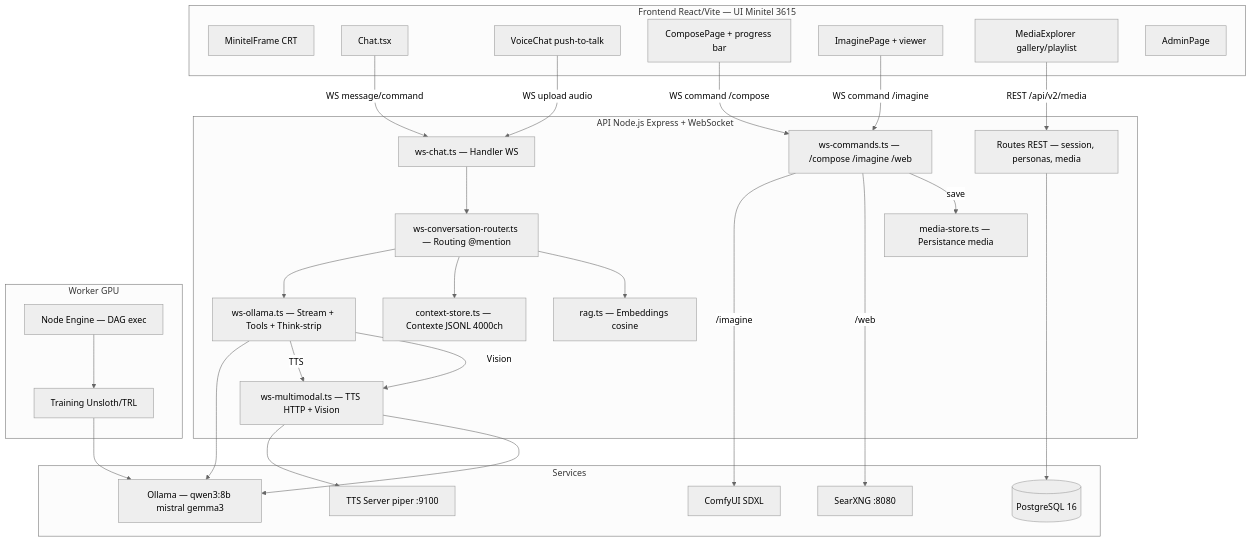
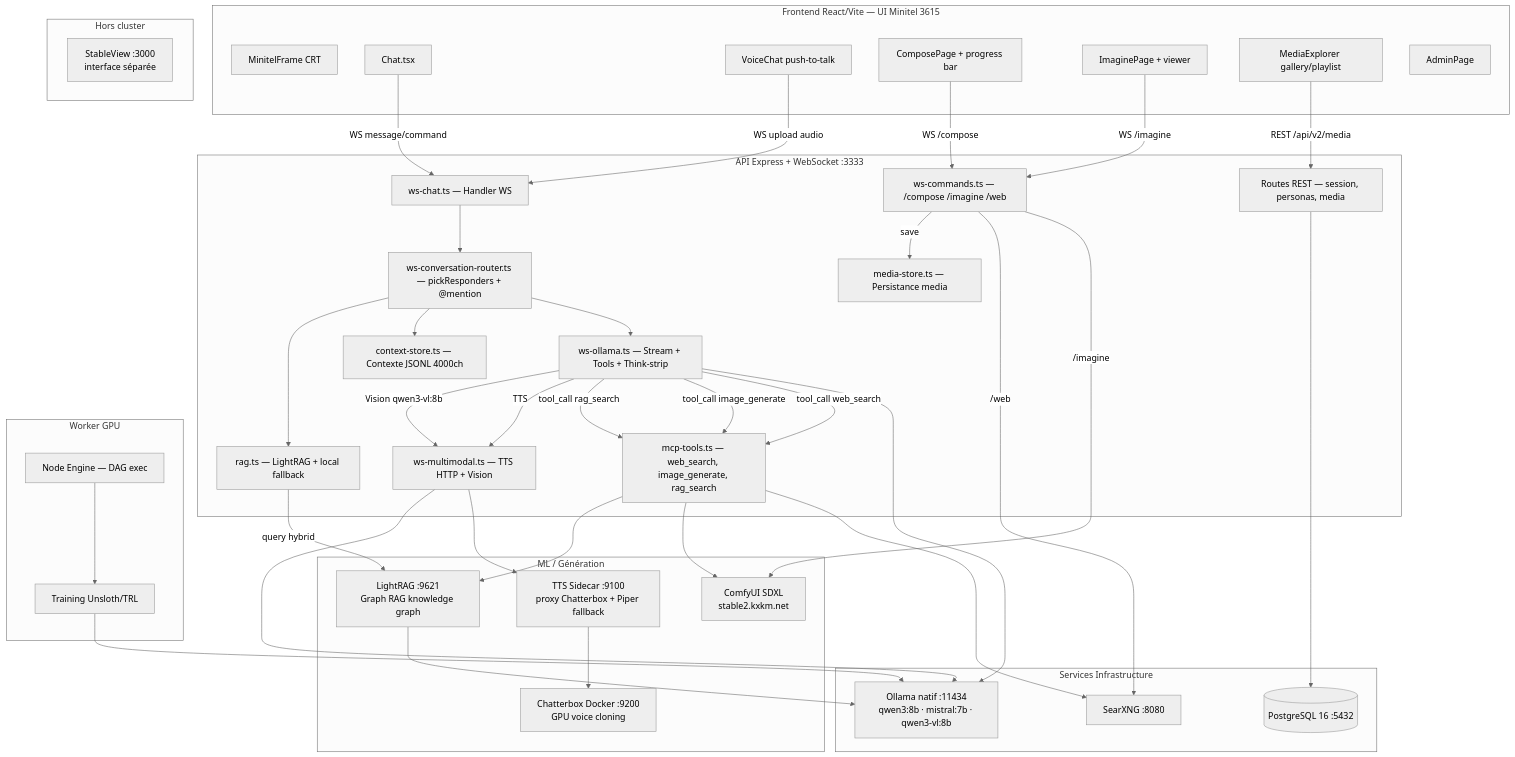
Before and after one commit to electron-rare/kxkm_clown: the first of 4 diagrams in docs/ARCHITECTURE.md, drawn with Mermaid (neutral theme). The commit also changed other lines of this file and 178 other files, not shown here.

````diff
--- a/docs/ARCHITECTURE.md
+++ b/docs/ARCHITECTURE.md
@@ -7,54 +9,68 @@
 ```mermaid
 graph TB
     subgraph Client["Frontend React/Vite — UI Minitel 3615"]
         UI[MinitelFrame CRT]
         Chat[Chat.tsx]
         Voice[VoiceChat push-to-talk]
         Compose[ComposePage + progress bar]
         Imagine[ImaginePage + viewer]
         Media[MediaExplorer gallery/playlist]
         Admin[AdminPage]
     end
 
-    subgraph API["API Node.js Express + WebSocket"]
+    subgraph API["API Express + WebSocket :3333"]
         WS[ws-chat.ts — Handler WS]
         CMD[ws-commands.ts — /compose /imagine /web]
-        ROUTER[ws-conversation-router.ts — Routing @mention]
+        ROUTER[ws-conversation-router.ts — pickResponders + @mention]
         LLM[ws-ollama.ts — Stream + Tools + Think-strip]
         MULTI[ws-multimodal.ts — TTS HTTP + Vision]
+        TOOLS[mcp-tools.ts — web_search, image_generate, rag_search]
         MSTORE[media-store.ts — Persistance media]
         CTX[context-store.ts — Contexte JSONL 4000ch]
-        RAG[rag.ts — Embeddings cosine]
+        RAG[rag.ts — LightRAG + local fallback]
         REST[Routes REST — session, personas, media]
     end
 
-    subgraph Services["Services"]
-        OLLAMA[Ollama — qwen3:8b mistral gemma3]
-        TTS[TTS Server piper :9100]
-        COMFY[ComfyUI SDXL]
+    subgraph Infra["Services Infrastructure"]
+        OLLAMA["Ollama natif :11434\nqwen3:8b · mistral:7b · qwen3-vl:8b"]
+        PG[(PostgreSQL 16 :5432)]
         SEARX[SearXNG :8080]
-        PG[(PostgreSQL 16)]
+    end
+
+    subgraph MLStack["ML / Génération"]
+        TTS[TTS Sidecar :9100\nproxy Chatterbox + Piper fallback]
+        CBOX[Chatterbox Docker :9200\nGPU voice cloning]
+        LRAG[LightRAG :9621\nGraph RAG knowledge graph]
+        COMFY[ComfyUI SDXL\nstable2.kxkm.net]
     end
 
     subgraph Worker["Worker GPU"]
         ENGINE[Node Engine — DAG exec]
         TRAIN[Training Unsloth/TRL]
     end
 
+    subgraph External["Hors cluster"]
+        STABLE[StableView :3000\ninterface séparée]
+    end
+
     Chat -- "WS message/command" --> WS
     Voice -- "WS upload audio" --> WS
-    Compose -- "WS command /compose" --> CMD
-    Imagine -- "WS command /imagine" --> CMD
+    Compose -- "WS /compose" --> CMD
+    Imagine -- "WS /imagine" --> CMD
     Media -- "REST /api/v2/media" --> REST
 
     WS --> ROUTER --> LLM --> OLLAMA
     ROUTER --> CTX
     ROUTER --> RAG
-    LLM -- "TTS" --> MULTI --> TTS
-    LLM -- "Vision" --> MULTI --> OLLAMA
+    LLM -- "tool_call web_search" --> TOOLS --> SEARX
+    LLM -- "tool_call image_generate" --> TOOLS --> COMFY
+    LLM -- "tool_call rag_search" --> TOOLS --> LRAG
+    LLM -- "TTS" --> MULTI --> TTS --> CBOX
+    LLM -- "Vision qwen3-vl:8b" --> MULTI --> OLLAMA
+    RAG -- "query hybrid" --> LRAG --> OLLAMA
     CMD -- "/imagine" --> COMFY
     CMD -- "/web" --> SEARX
     CMD -- "save" --> MSTORE
     REST --> PG
     ENGINE --> TRAIN --> OLLAMA
 ```
````
